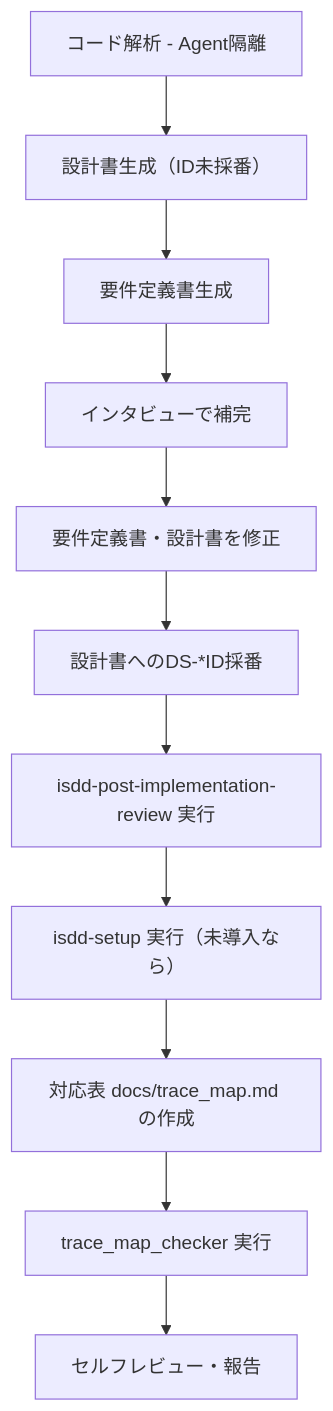
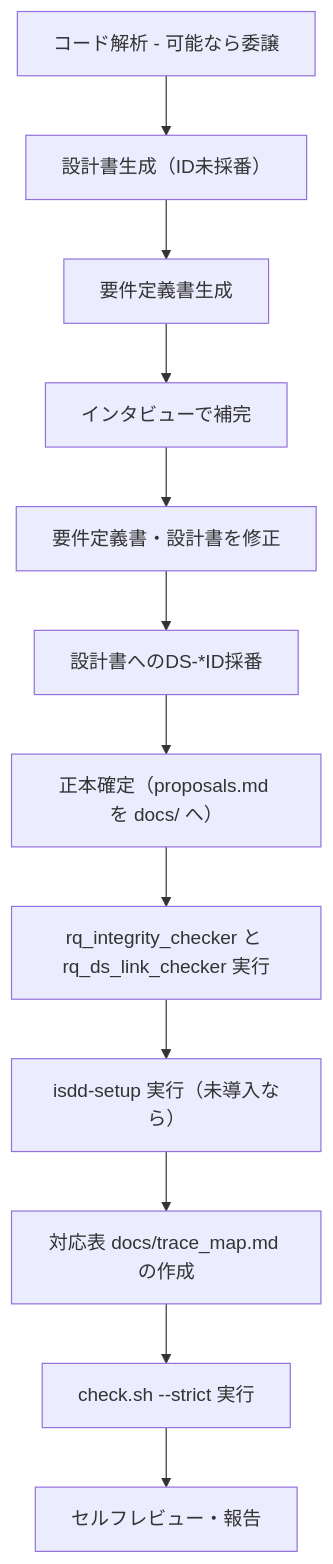
The diagram in skills/isdd-reverse-engineering/SKILL.md (notfolder/isdd), drawn with Mermaid before and after one commit. The commit also changed other lines of this file and 15 other files, not shown here.

````diff
--- a/skills/isdd-reverse-engineering/SKILL.md
+++ b/skills/isdd-reverse-engineering/SKILL.md
@@ -57,13 +61,14 @@
 ```mermaid
 graph TD
-    A[コード解析 - Agent隔離] --> B[設計書生成（ID未採番）]
+    A[コード解析 - 可能なら委譲] --> B[設計書生成（ID未採番）]
     B --> C[要件定義書生成]
     C --> D[インタビューで補完]
     D --> E[要件定義書・設計書を修正]
     E --> F[設計書へのDS-*ID採番]
-    F --> F2["isdd-post-implementation-review 実行"]
-    F2 --> G0["isdd-setup 実行（未導入なら）"]
+    F --> F2["正本確定（proposals.md を docs/ へ）"]
+    F2 --> F3["rq_integrity_checker と rq_ds_link_checker 実行"]
+    F3 --> G0["isdd-setup 実行（未導入なら）"]
     G0 --> G[対応表 docs/trace_map.md の作成]
-    G --> G2["trace_map_checker 実行"]
+    G --> G2["check.sh --strict 実行"]
     G2 --> H[セルフレビュー・報告]
 ```
````
